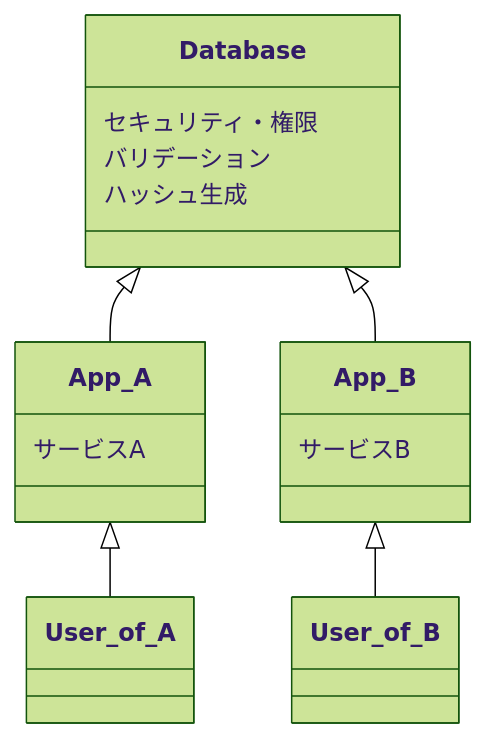
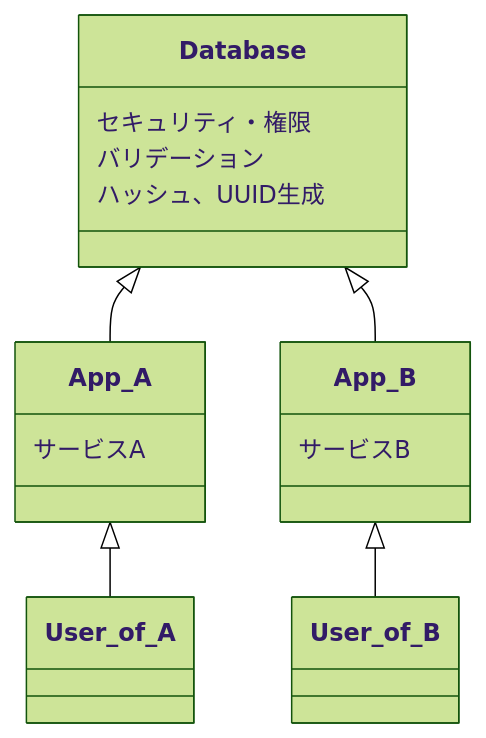
Before and after one commit to harumaxy/publications: the second of 3 diagrams in articles/dont-write-graphql-server.md, drawn with Mermaid (forest theme). The commit also changed other lines of this file, not shown here.

````diff
--- a/articles/dont-write-graphql-server.md
+++ b/articles/dont-write-graphql-server.md
@@ -131,19 +96,19 @@
 ```mermaid
 classDiagram
 
 class Database {
   セキュリティ・権限
   バリデーション
-  ハッシュ生成
+  ハッシュ、UUID生成
 }
 class App_A{
   サービスA
 }
 class App_B{
   サービスB
 } 
 Database <|-- App_A
 Database <|-- App_B
 App_A <|-- User_of_A
 App_B <|-- User_of_B
 ```
````
